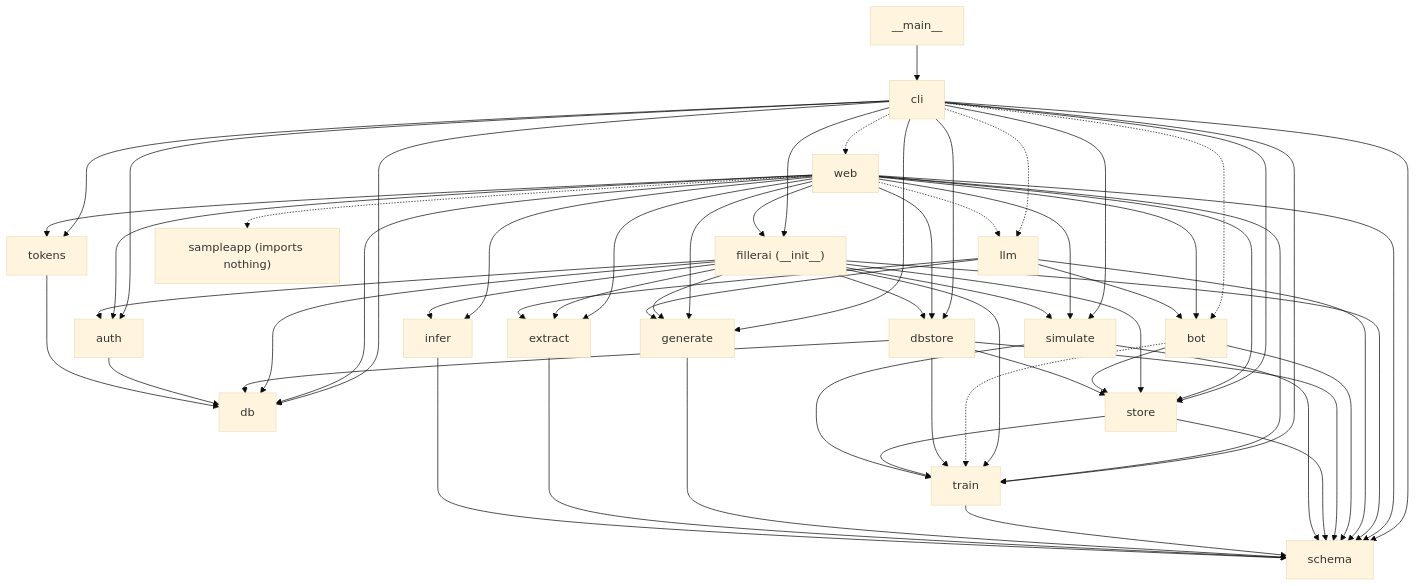
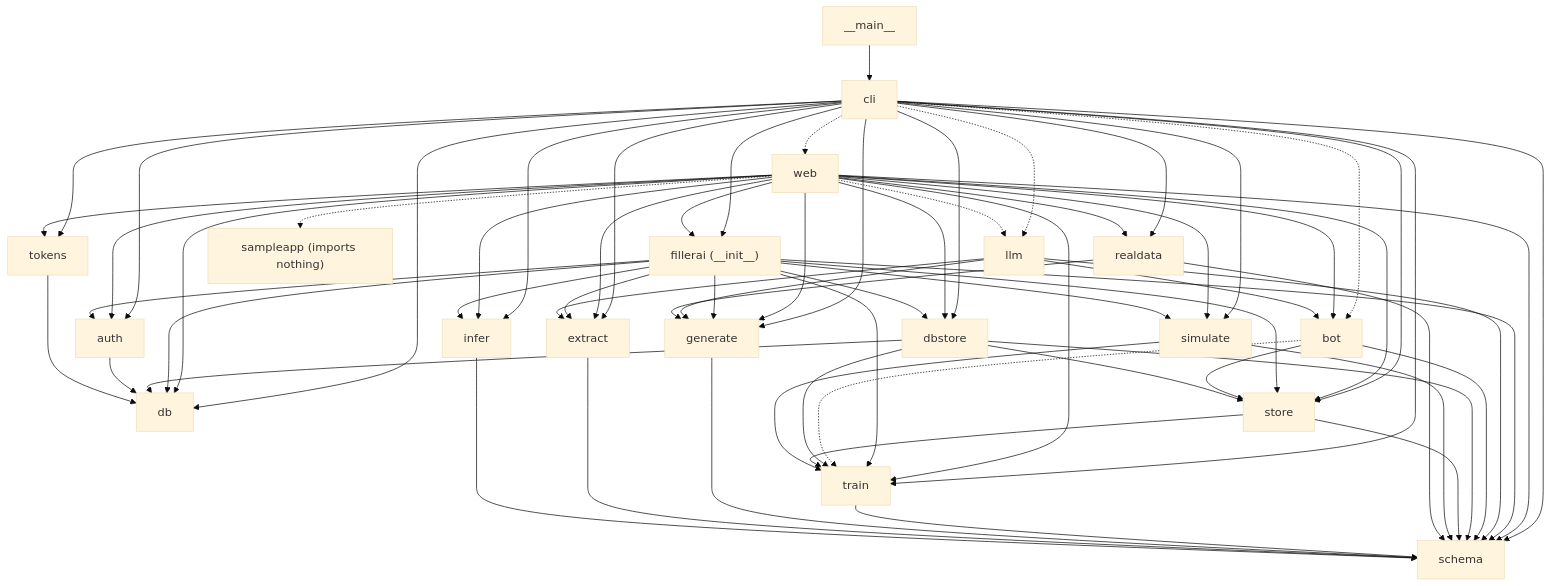
The first of 2 diagrams in docs/reference/modules.md (nelait/FillerAI), drawn with Mermaid (base theme) before and after one commit. The commit also changed other lines of this file and 22 other files, not shown here.

````diff
--- a/docs/reference/modules.md
+++ b/docs/reference/modules.md
@@ -43,37 +43,39 @@
 ```mermaid
 flowchart TD
     main["__main__"] --> cli
     cli --> pkg["fillerai (__init__)"]
     cli --> auth & tokens & db & dbstore & store & schema
+    cli --> extract & infer & realdata
     cli --> generate & train & simulate
     cli -.-> bot
     cli -.-> llm
     cli -.-> web
 
     web --> pkg
     web --> auth & tokens & db & dbstore & store & schema & infer
-    web --> extract & generate & train & simulate & bot
+    web --> extract & generate & train & simulate & bot & realdata
     web -.-> llm
     web -.-> sampleapp
 
     pkg --> auth & db & dbstore & store & schema & infer
     pkg --> extract & generate & train & simulate
 
     llm --> schema & extract & generate & bot
 
     bot --> schema & store
     bot -.-> train
 
     dbstore --> db & store & schema & train
     store --> schema & train
     auth --> db
     tokens --> db
 
     simulate --> schema & train
+    realdata --> schema & generate
     train --> schema
     generate --> schema
     extract --> schema
     infer --> schema
 
     sampleapp["sampleapp (imports nothing)"]
 ```
````
